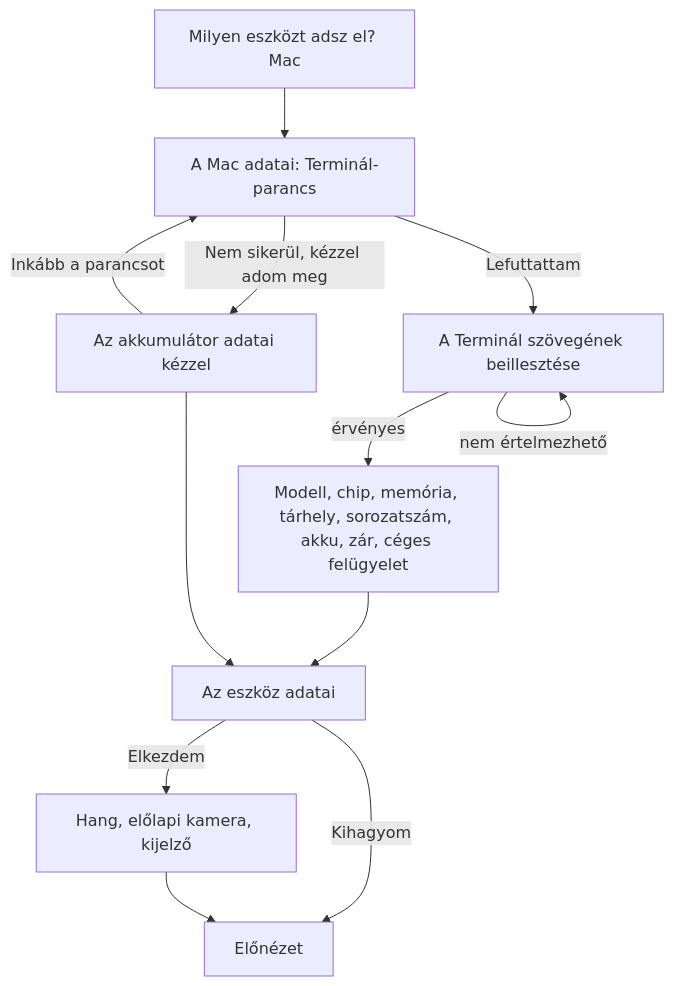
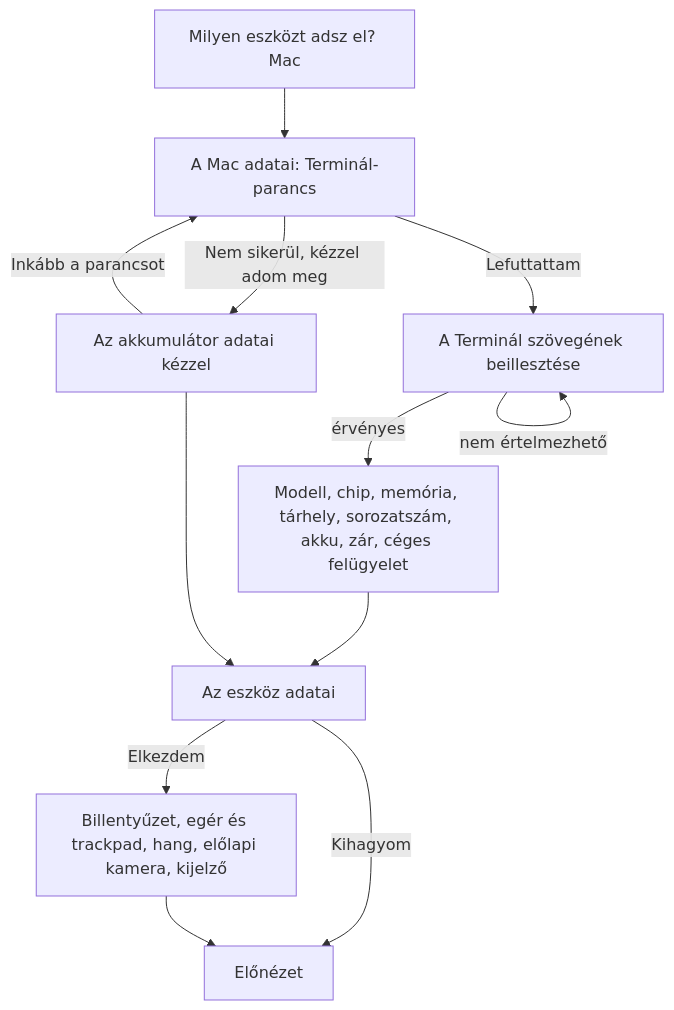
One commit to krisz0722/ipad-audit changed the fifth of 7 diagrams in docs/flows.md. Above: the diagram before and after it, drawn with Mermaid. The commit also changed other lines of this file and 1 other file, not shown here.

First line of the commit message:
docs: document the Mac tests and translate the English diagrams

````diff
--- a/docs/flows.md
+++ b/docs/flows.md
@@ -137,14 +140,14 @@
 ```mermaid
 flowchart TD
   K["Milyen eszközt adsz el? Mac"] --> MR["A Mac adatai: Terminál-parancs"]
   MR -->|"Lefuttattam"| MP["A Terminál szövegének beillesztése"]
   MR -->|"Nem sikerül, kézzel adom meg"| MM["Az akkumulátor adatai kézzel"]
   MM -->|"Inkább a parancsot"| MR
   MP -->|"nem értelmezhető"| MP
   MP -->|"érvényes"| MRES["Modell, chip, memória, tárhely, sorozatszám, akku, zár, céges felügyelet"]
   MRES --> D["Az eszköz adatai"]
   MM --> D
-  D -->|"Elkezdem"| HW["Hang, előlapi kamera, kijelző"]
+  D -->|"Elkezdem"| HW["Billentyűzet, egér és trackpad, hang, előlapi kamera, kijelző"]
   D -->|"Kihagyom"| R["Előnézet"]
   HW --> R
 ```
````
